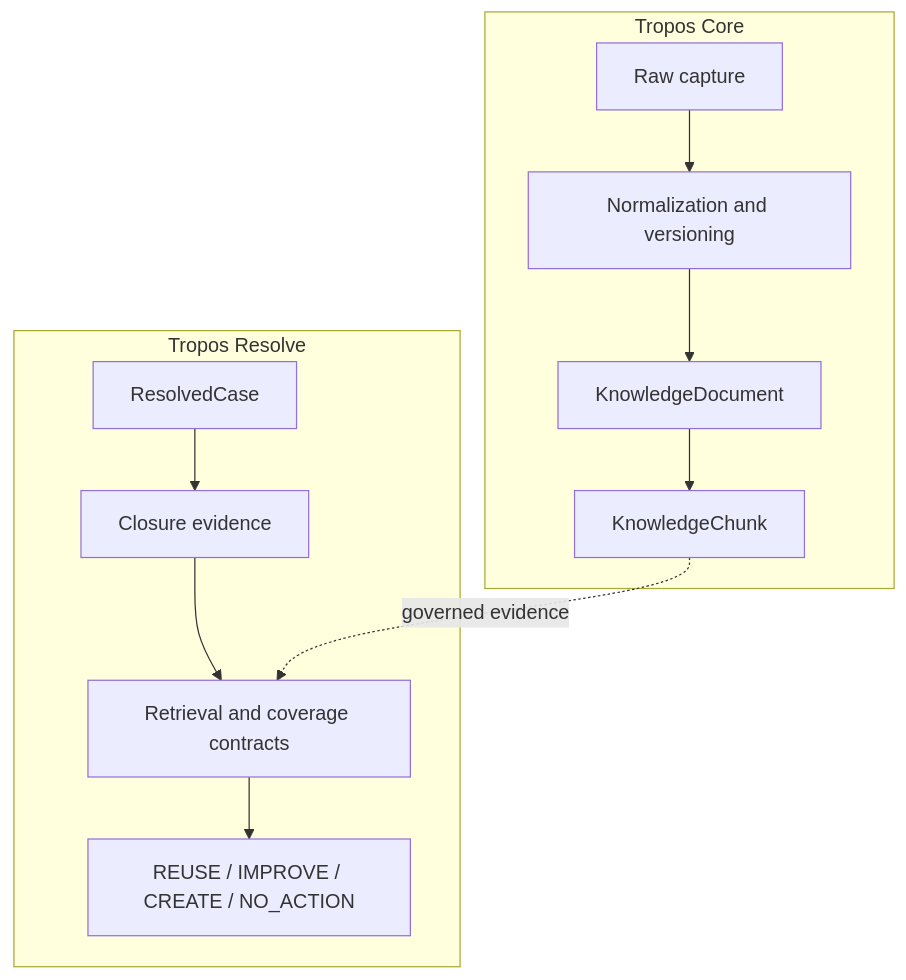
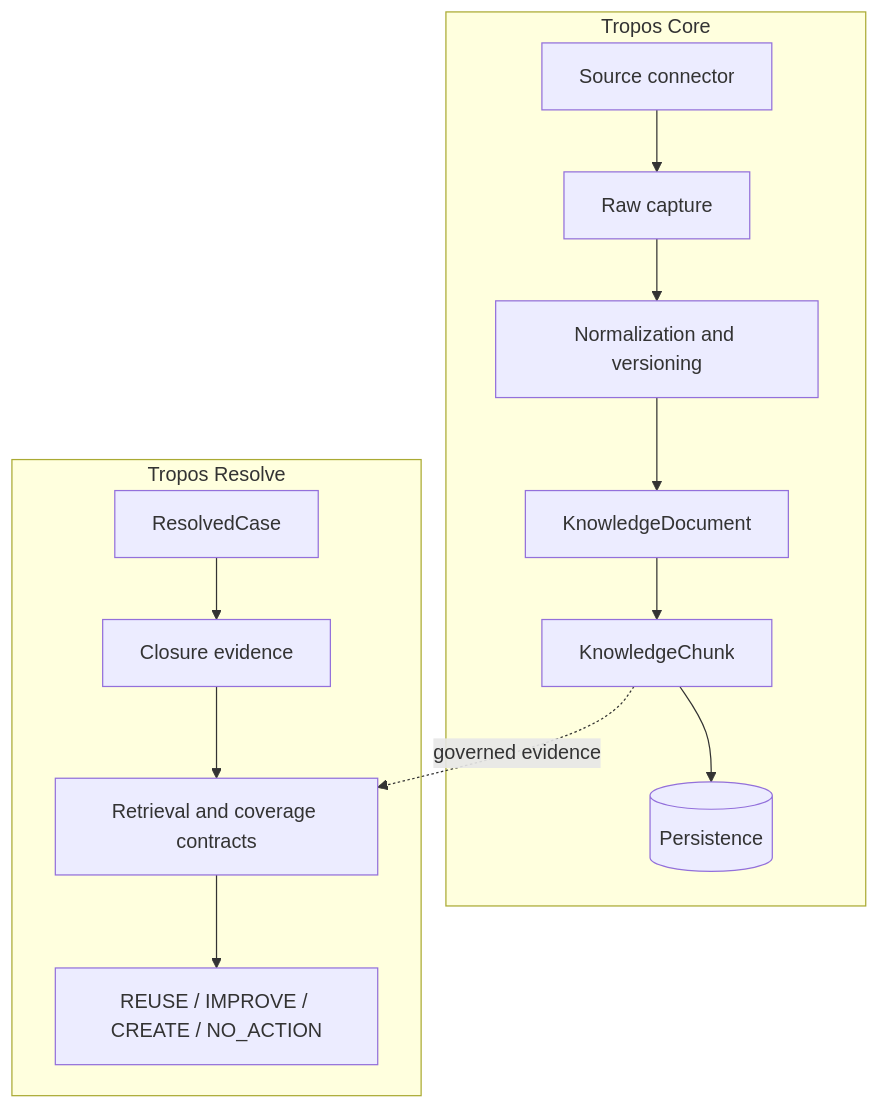
Before and after one commit to kumarchandansingh/tropos: the first of 3 diagrams in docs/architecture/ARCHITECTURE_OVERVIEW.md, drawn with Mermaid. The commit also changed other lines of this file and 12 other files, not shown here.

First line of the commit message:
feat: add extensible source connector boundary (#14)

````diff
--- a/docs/architecture/ARCHITECTURE_OVERVIEW.md
+++ b/docs/architecture/ARCHITECTURE_OVERVIEW.md
@@ -7,20 +7,22 @@
 ```mermaid
 flowchart TB
     subgraph Core[Tropos Core]
+      Source[Source connector]
       Raw[Raw capture]
       Norm[Normalization and versioning]
       Doc[KnowledgeDocument]
       Chunk[KnowledgeChunk]
-      Raw --> Norm --> Doc --> Chunk
+      Store[(Persistence)]
+      Source --> Raw --> Norm --> Doc --> Chunk --> Store
     end
 
     subgraph Resolve[Tropos Resolve]
       Case[ResolvedCase]
       Closure[Closure evidence]
       Retrieval[Retrieval and coverage contracts]
       Action[REUSE / IMPROVE / CREATE / NO_ACTION]
       Case --> Closure --> Retrieval --> Action
     end
 
     Chunk -. governed evidence .-> Retrieval
 ```
````
